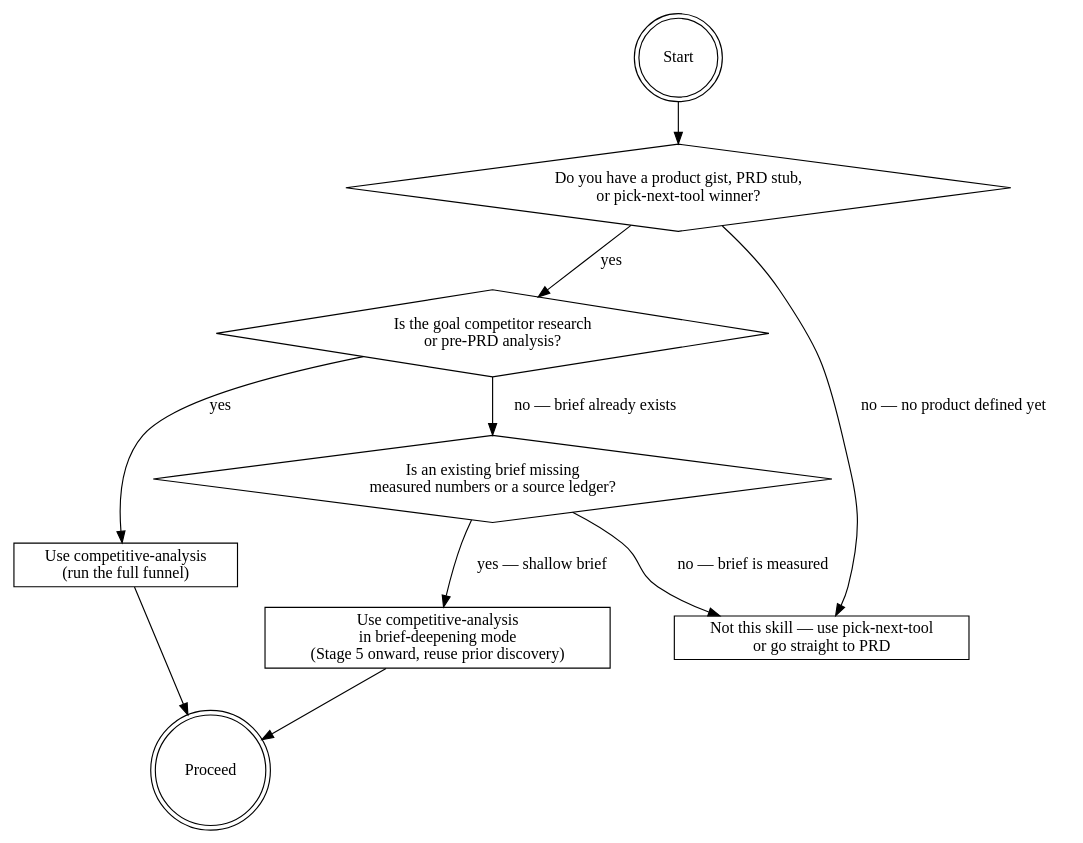
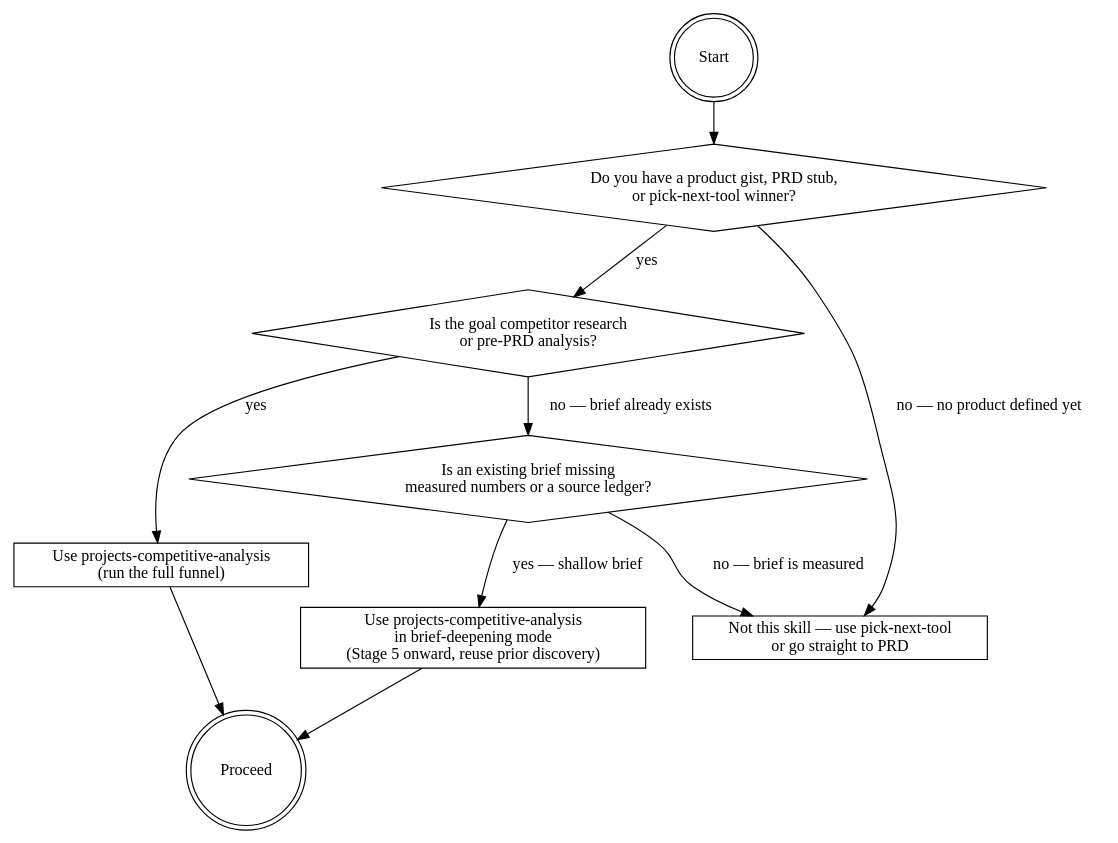
One commit to luv-jeri/tool-factory-skills changed the first of 2 diagrams in SKILL.md. Above: the diagram before and after it, drawn with Graphviz. The commit also changed other lines of this file and 8 other files, not shown here.

Commit message:
chore: rename skill to projects-competitive-analysis (folder, frontmatter, README/URLs, internal refs)

````diff
--- a/SKILL.md
+++ b/SKILL.md
@@ -14,21 +14,21 @@
 ```dot
 digraph when {
   entry [shape=doublecircle label="Start"];
   q1 [shape=diamond label="Do you have a product gist, PRD stub,\nor pick-next-tool winner?"];
   q2 [shape=diamond label="Is the goal competitor research\nor pre-PRD analysis?"];
   q3 [shape=diamond label="Is an existing brief missing\nmeasured numbers or a source ledger?"];
-  use [shape=box label="Use competitive-analysis\n(run the full funnel)"];
-  deepen [shape=box label="Use competitive-analysis\nin brief-deepening mode\n(Stage 5 onward, reuse prior discovery)"];
+  use [shape=box label="Use projects-competitive-analysis\n(run the full funnel)"];
+  deepen [shape=box label="Use projects-competitive-analysis\nin brief-deepening mode\n(Stage 5 onward, reuse prior discovery)"];
   skip [shape=box label="Not this skill — use pick-next-tool\nor go straight to PRD"];
   exit [shape=doublecircle label="Proceed"];
   entry -> q1;
   q1 -> q2 [label="yes"];
   q1 -> skip [label="no — no product defined yet"];
   q2 -> use [label="yes"];
   q2 -> q3 [label="no — brief already exists"];
   q3 -> deepen [label="yes — shallow brief"];
   q3 -> skip [label="no — brief is measured"];
   use -> exit;
   deepen -> exit;
 }
 ```
````
